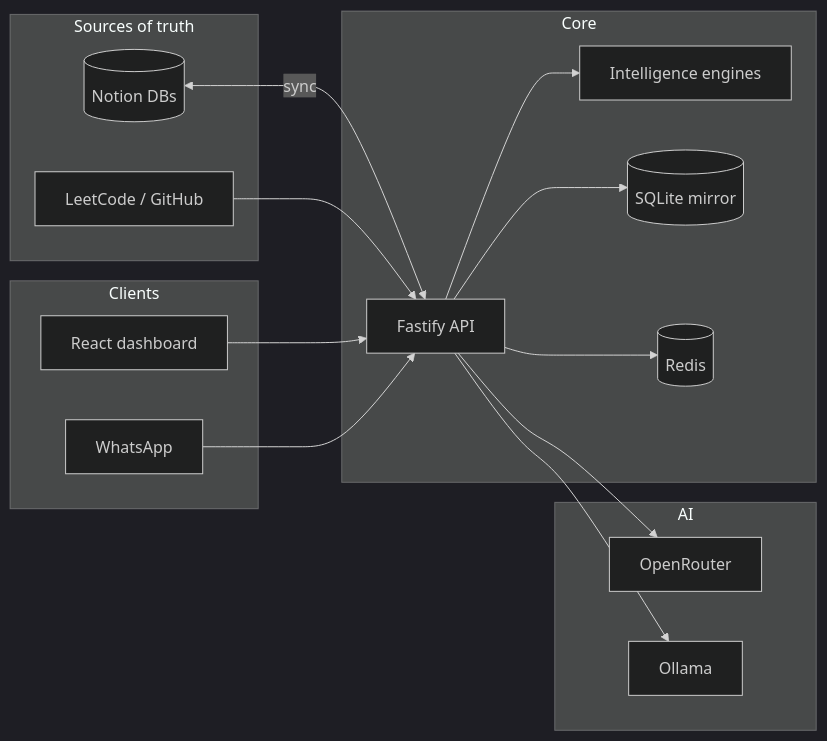
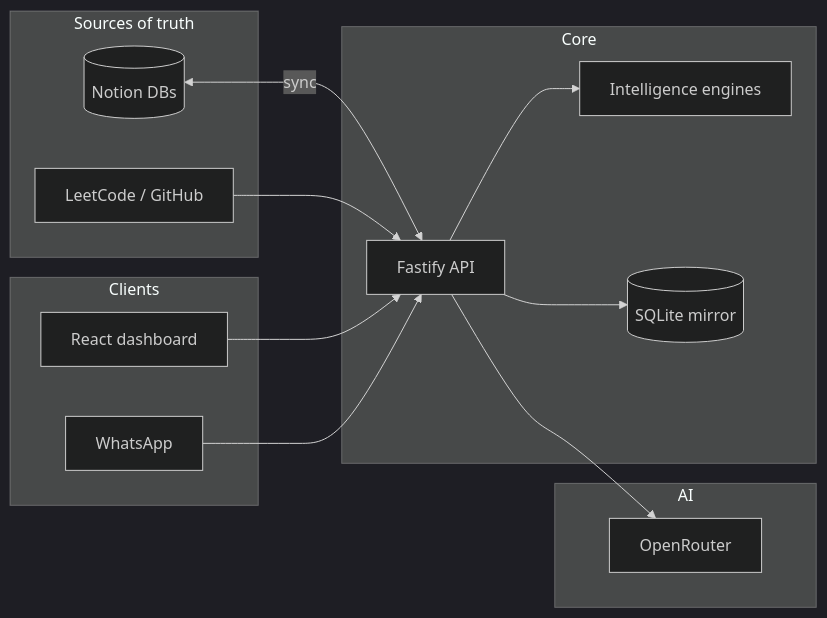
The diagram in README.md (Hasanth-kumar/AI-DSA-Tutor), drawn with Mermaid (dark theme) before and after one commit. The commit also changed other lines of this file and 10 other files, not shown here.

First line of the commit message:
Remove Redis and Ollama from local dev infrastructure and docs.

````diff
--- a/README.md
+++ b/README.md
@@ -29,34 +29,30 @@
 ```mermaid
 flowchart LR
   subgraph sources [Sources of truth]
     Notion[(Notion DBs)]
     LC[LeetCode / GitHub]
   end
 
   subgraph core [Core]
     API[Fastify API]
     Intel[Intelligence engines]
     Mirror[(SQLite mirror)]
-    Redis[(Redis)]
   end
 
   subgraph clients [Clients]
     Web[React dashboard]
     WA[WhatsApp]
   end
 
   subgraph ai [AI]
     OR[OpenRouter]
-    OL[Ollama]
   end
 
   Notion <-->|sync| API
   API --> Intel
   API --> Mirror
-  API --> Redis
   LC --> API
   Web --> API
   WA --> API
   API --> OR
-  API --> OL
 ```
````
